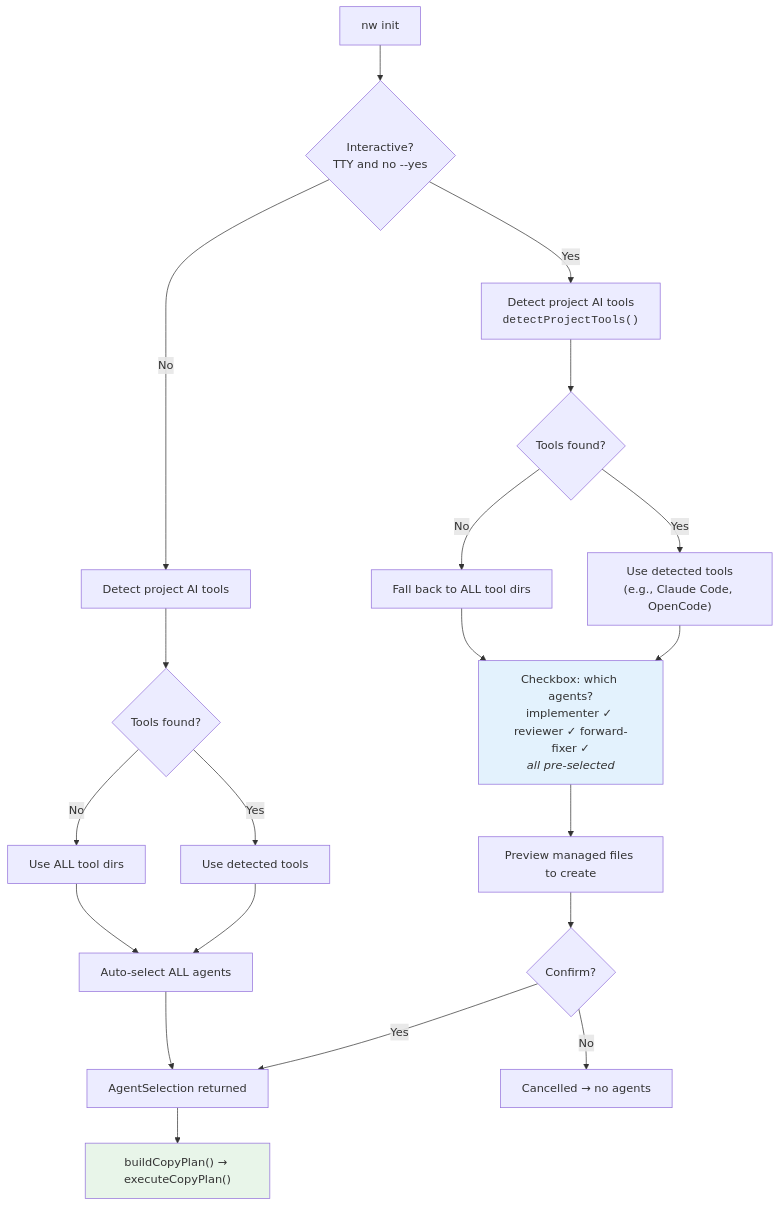
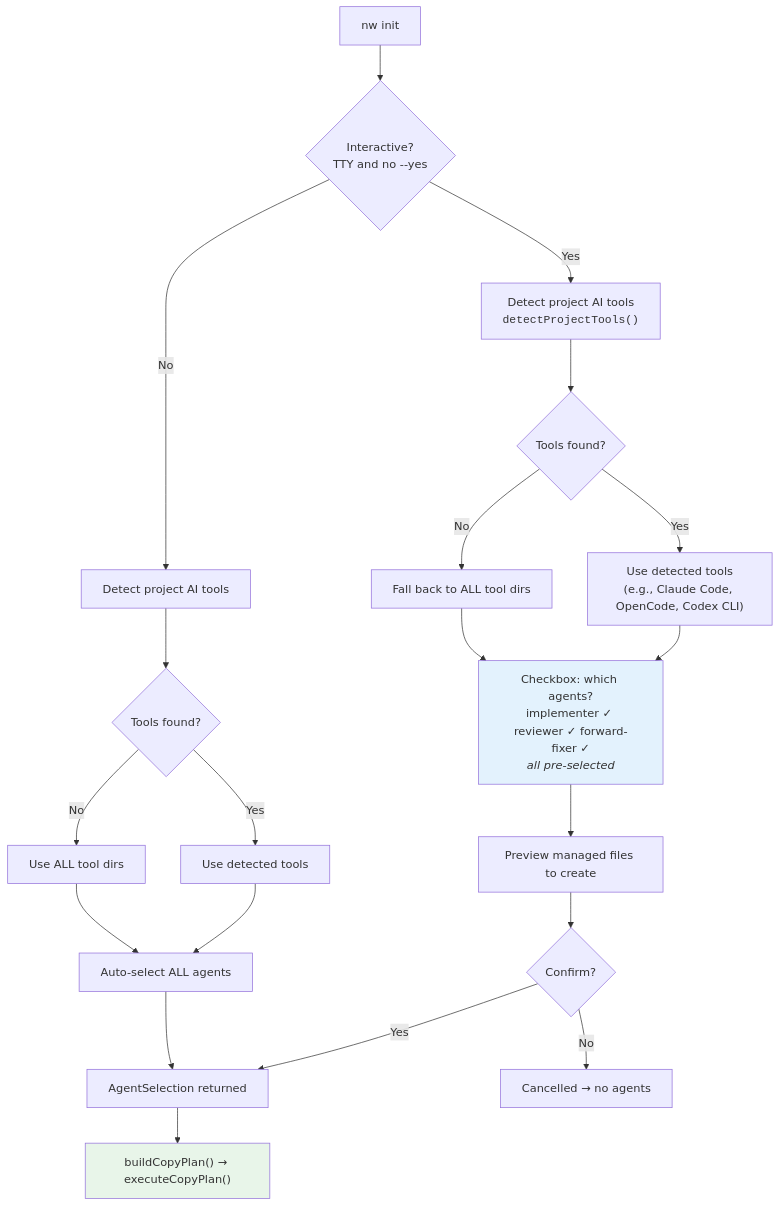
Before and after one commit to roblambell/workflow-kit: the fourth of 4 diagrams in docs/onboarding.md, drawn with Mermaid. The commit also changed other lines of this file and 5 other files, not shown here.

````diff
--- a/docs/onboarding.md
+++ b/docs/onboarding.md
@@ -146,26 +146,26 @@
 ```mermaid
 flowchart TD
     A["nw init"] --> B{Interactive?<br/>TTY and no --yes}
 
     B -->|Yes| C["Detect project AI tools<br/><code>detectProjectTools()</code>"]
     C --> D{Tools found?}
-    D -->|Yes| E["Use detected tools<br/>(e.g., Claude Code, OpenCode)"]
+    D -->|Yes| E["Use detected tools<br/>(e.g., Claude Code, OpenCode, Codex CLI)"]
     D -->|No| F["Fall back to ALL tool dirs"]
     E & F --> G["Checkbox: which agents?<br/>implementer ✓ reviewer ✓ forward-fixer ✓<br/><i>all pre-selected</i>"]
     G --> H["Preview managed files to create"]
     H --> I{Confirm?}
     I -->|Yes| J["AgentSelection returned"]
     I -->|No| K["Cancelled → no agents"]
 
     B -->|No| L["Detect project AI tools"]
     L --> M{Tools found?}
     M -->|Yes| N["Use detected tools"]
     M -->|No| O["Use ALL tool dirs"]
     N & O --> P["Auto-select ALL agents"]
     P --> J
 
     J --> Q["buildCopyPlan() → executeCopyPlan()"]
 
     style G fill:#e3f2fd
     style Q fill:#e8f5e9
 ```
````
